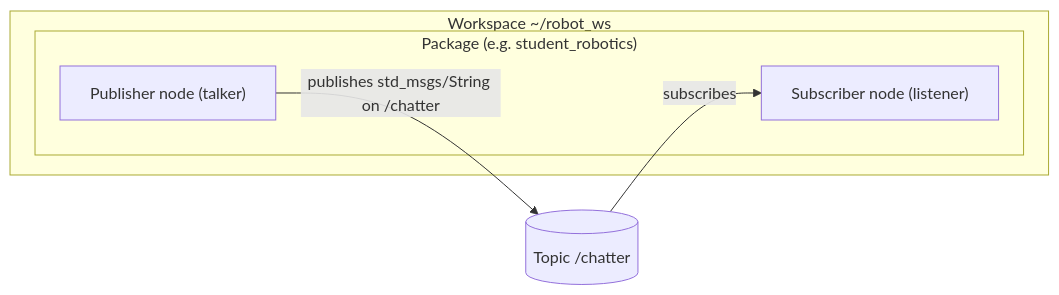
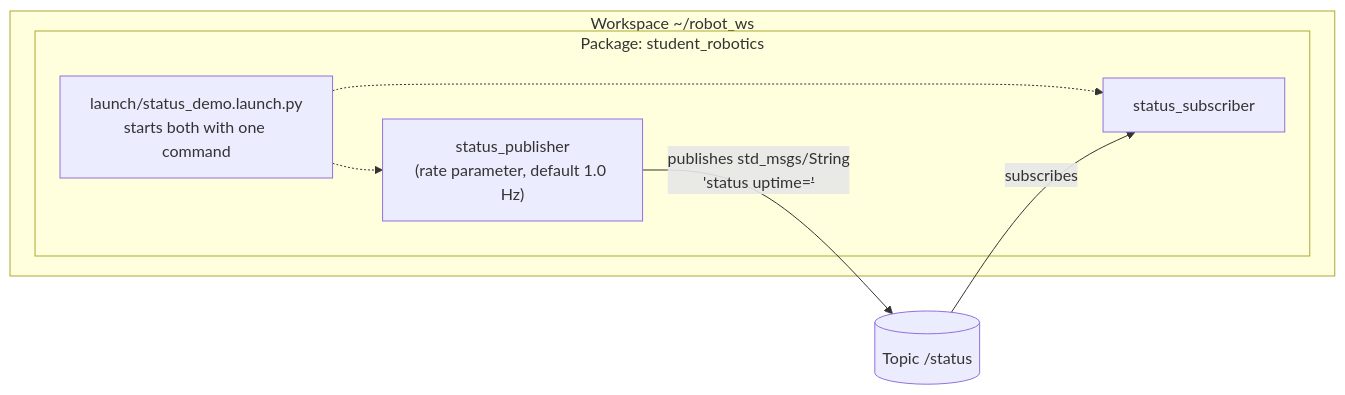
One commit to Dong2666/student-robotics-training changed the diagram in docs/ros2_architecture.md. Above: the diagram before and after it, drawn with Mermaid. The commit also changed other lines of this file and 3 other files, not shown here.

````diff
--- a/docs/ros2_architecture.md
+++ b/docs/ros2_architecture.md
@@ -23,11 +23,14 @@
 ```mermaid
 flowchart LR
     subgraph WS["Workspace ~/robot_ws"]
-        subgraph PKG["Package (e.g. student_robotics)"]
-            P["Publisher node (talker)"]
-            S["Subscriber node (listener)"]
+        subgraph PKG["Package: student_robotics"]
+            P["status_publisher<br>(rate parameter, default 1.0 Hz)"]
+            S["status_subscriber"]
+            L["launch/status_demo.launch.py<br>starts both with one command"]
         end
     end
-    P -- "publishes std_msgs/String on /chatter" --> T[("Topic /chatter")]
+    L -.-> P
+    L -.-> S
+    P -- "publishes std_msgs/String<br>'status <n> uptime=<s>'" --> T[("Topic /status")]
     T -- "subscribes" --> S
 ```
````
